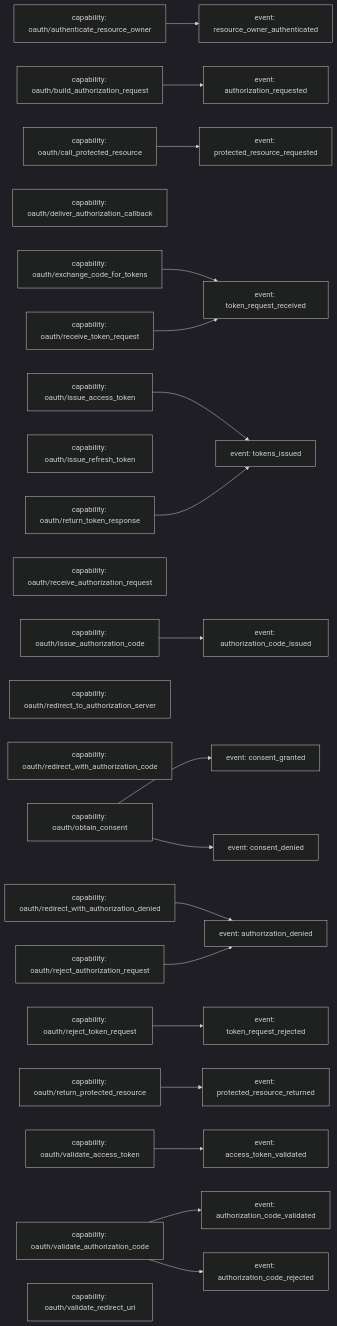
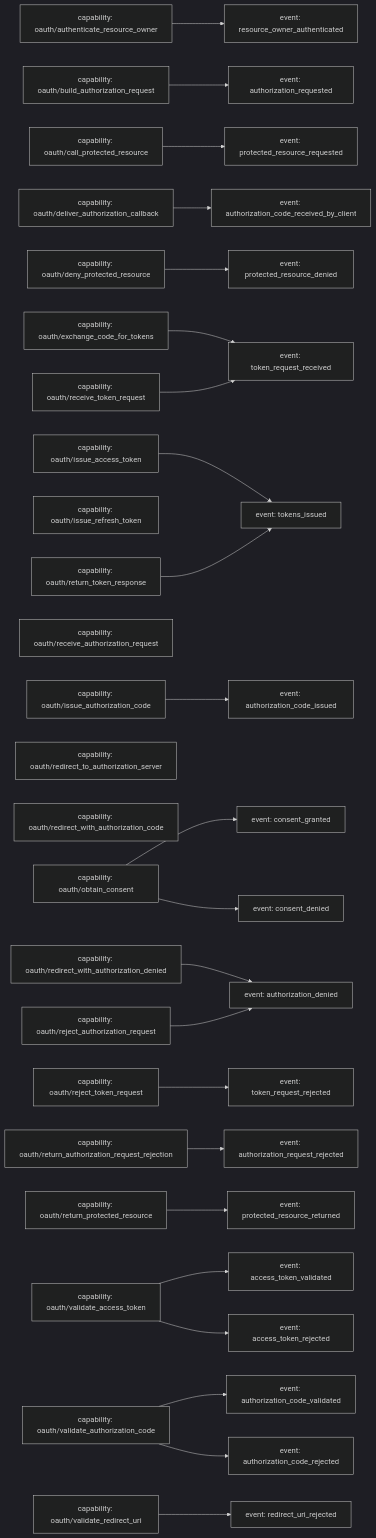
One commit to BehavioML/specifications changed the diagram in examples/oauth-authorization-code/generated/mermaid/capability-events.mmd. Above: the diagram before and after it, drawn with Mermaid (dark theme). The commit also changed 22 other files, not shown here.

Commit message:
Improve OAuth authorization code flow readiness (#17)

```diff
--- a/examples/oauth-authorization-code/generated/mermaid/capability-events.mmd
+++ b/examples/oauth-authorization-code/generated/mermaid/capability-events.mmd
@@ -1,54 +1,66 @@
 flowchart LR
   C_oauth_authenticate_resource_owner["capability: oauth/authenticate_resource_owner"]
   E_resource_owner_authenticated["event: resource_owner_authenticated"]
   C_oauth_build_authorization_request["capability: oauth/build_authorization_request"]
   E_authorization_requested["event: authorization_requested"]
   C_oauth_call_protected_resource["capability: oauth/call_protected_resource"]
   E_protected_resource_requested["event: protected_resource_requested"]
   C_oauth_deliver_authorization_callback["capability: oauth/deliver_authorization_callback"]
+  E_authorization_code_received_by_client["event: authorization_code_received_by_client"]
+  C_oauth_deny_protected_resource["capability: oauth/deny_protected_resource"]
+  E_protected_resource_denied["event: protected_resource_denied"]
   C_oauth_exchange_code_for_tokens["capability: oauth/exchange_code_for_tokens"]
   E_token_request_received["event: token_request_received"]
   C_oauth_issue_access_token["capability: oauth/issue_access_token"]
   E_tokens_issued["event: tokens_issued"]
   C_oauth_issue_authorization_code["capability: oauth/issue_authorization_code"]
   E_authorization_code_issued["event: authorization_code_issued"]
   C_oauth_issue_refresh_token["capability: oauth/issue_refresh_token"]
   C_oauth_obtain_consent["capability: oauth/obtain_consent"]
   E_consent_granted["event: consent_granted"]
   E_consent_denied["event: consent_denied"]
   C_oauth_receive_authorization_request["capability: oauth/receive_authorization_request"]
   C_oauth_receive_token_request["capability: oauth/receive_token_request"]
   C_oauth_redirect_to_authorization_server["capability: oauth/redirect_to_authorization_server"]
   C_oauth_redirect_with_authorization_code["capability: oauth/redirect_with_authorization_code"]
   C_oauth_redirect_with_authorization_denied["capability: oauth/redirect_with_authorization_denied"]
   E_authorization_denied["event: authorization_denied"]
   C_oauth_reject_authorization_request["capability: oauth/reject_authorization_request"]
   C_oauth_reject_token_request["capability: oauth/reject_token_request"]
   E_token_request_rejected["event: token_request_rejected"]
+  C_oauth_return_authorization_request_rejection["capability: oauth/return_authorization_request_rejection"]
+  E_authorization_request_rejected["event: authorization_request_rejected"]
   C_oauth_return_protected_resource["capability: oauth/return_protected_resource"]
   E_protected_resource_returned["event: protected_resource_returned"]
   C_oauth_return_token_response["capability: oauth/return_token_response"]
   C_oauth_validate_access_token["capability: oauth/validate_access_token"]
   E_access_token_validated["event: access_token_validated"]
+  E_access_token_rejected["event: access_token_rejected"]
   C_oauth_validate_authorization_code["capability: oauth/validate_authorization_code"]
   E_authorization_code_validated["event: authorization_code_validated"]
   E_authorization_code_rejected["event: authorization_code_rejected"]
   C_oauth_validate_redirect_uri["capability: oauth/validate_redirect_uri"]
+  E_redirect_uri_rejected["event: redirect_uri_rejected"]
 
   C_oauth_authenticate_resource_owner --> E_resource_owner_authenticated
   C_oauth_build_authorization_request --> E_authorization_requested
   C_oauth_call_protected_resource --> E_protected_resource_requested
+  C_oauth_deliver_authorization_callback --> E_authorization_code_received_by_client
+  C_oauth_deny_protected_resource --> E_protected_resource_denied
   C_oauth_exchange_code_for_tokens --> E_token_request_received
   C_oauth_issue_access_token --> E_tokens_issued
   C_oauth_issue_authorization_code --> E_authorization_code_issued
   C_oauth_obtain_consent --> E_consent_granted
   C_oauth_obtain_consent --> E_consent_denied
   C_oauth_receive_token_request --> E_token_request_received
   C_oauth_redirect_with_authorization_denied --> E_authorization_denied
   C_oauth_reject_authorization_request --> E_authorization_denied
   C_oauth_reject_token_request --> E_token_request_rejected
+  C_oauth_return_authorization_request_rejection --> E_authorization_request_rejected
   C_oauth_return_protected_resource --> E_protected_resource_returned
   C_oauth_return_token_response --> E_tokens_issued
   C_oauth_validate_access_token --> E_access_token_validated
+  C_oauth_validate_access_token --> E_access_token_rejected
   C_oauth_validate_authorization_code --> E_authorization_code_validated
   C_oauth_validate_authorization_code --> E_authorization_code_rejected
+  C_oauth_validate_redirect_uri --> E_redirect_uri_rejected
```
